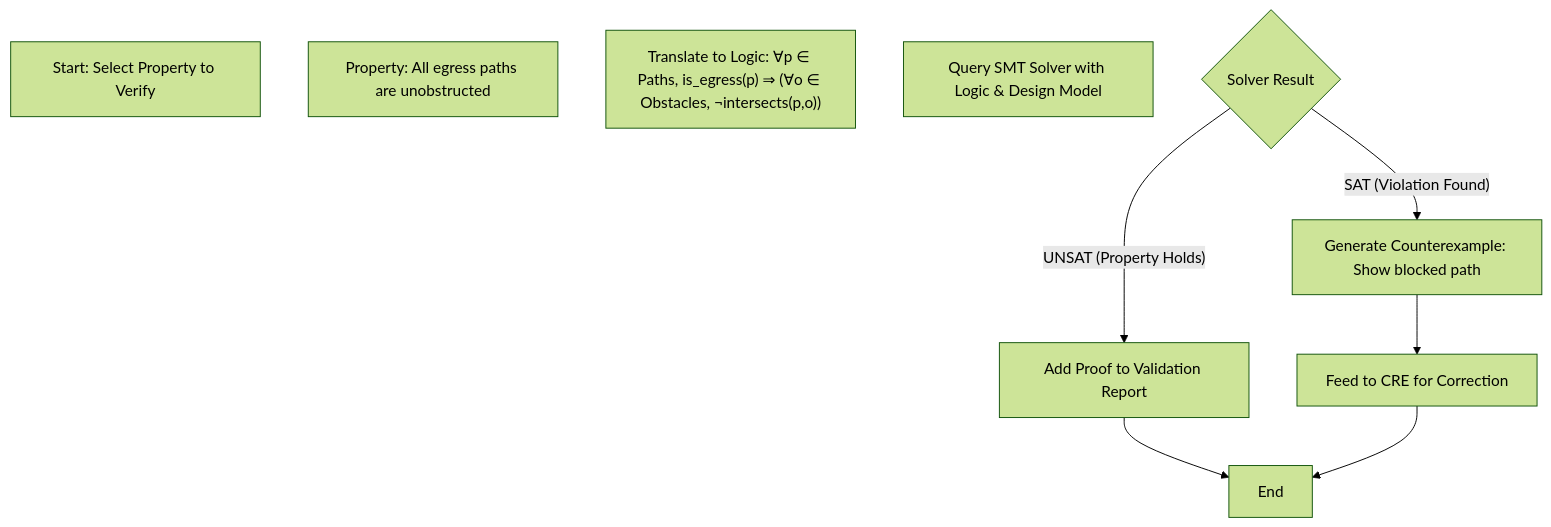
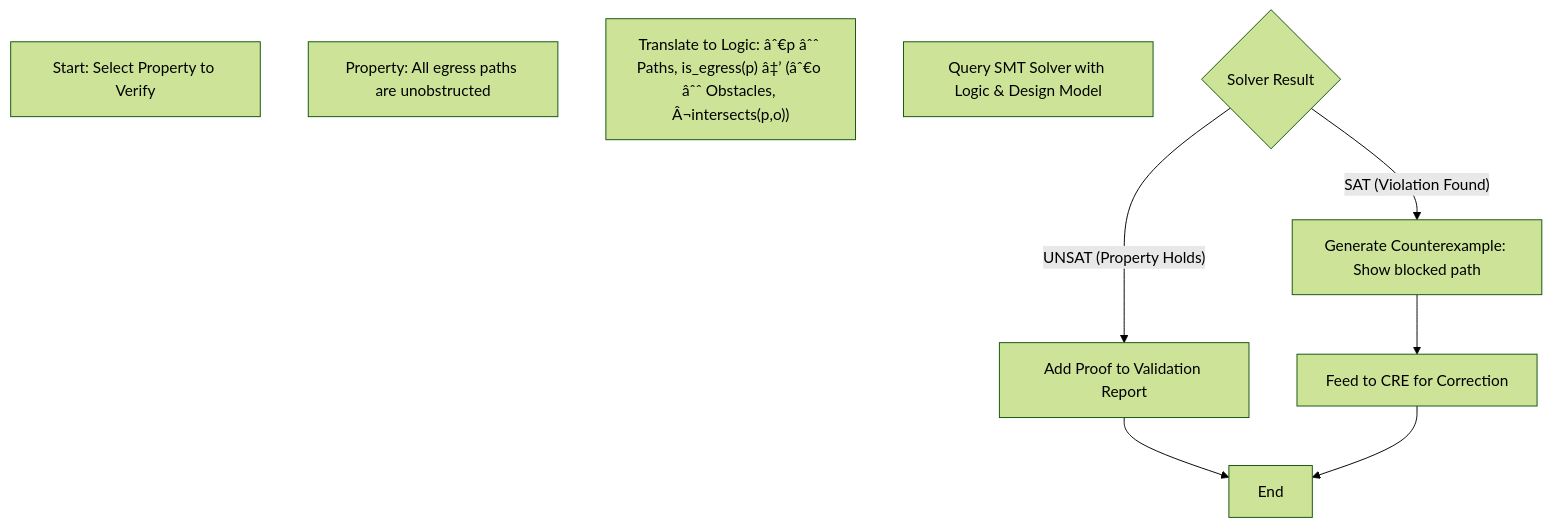
The eighth of 21 diagrams in inventions/093_generative_architectural_blueprint_system.md (diplomat-bit/Citibank_Demo_Business_Inc_Demonstration-), drawn with Mermaid (forest theme) before and after one commit. The commit also changed other lines of this file, not shown here.

Commit message:
[AI] Edit: inventions/093_generative_architectural_blueprint_system.md

````diff
--- a/inventions/093_generative_architectural_blueprint_system.md
+++ b/inventions/093_generative_architectural_blueprint_system.md
@@ -417,13 +470,13 @@
 ```mermaid
 flowchart TD
     A[Start: Select Property to Verify]
     B["Property: All egress paths are unobstructed"]
-    C["Translate to Logic: ∀p ∈ Paths, is_egress(p) ⇒ (∀o ∈ Obstacles, ¬intersects(p,o))"]
+    C["Translate to Logic: âˆ€p âˆˆ Paths, is_egress(p) â‡’ (âˆ€o âˆˆ Obstacles, Â¬intersects(p,o))"]
     D[Query SMT Solver with Logic & Design Model]
     E{Solver Result}
     E -- SAT (Violation Found) --> F[Generate Counterexample: Show blocked path]
     F --> G[Feed to CRE for Correction]
     E -- UNSAT (Property Holds) --> H[Add Proof to Validation Report]
     H --> I[End]
     G --> I
 ```
````
